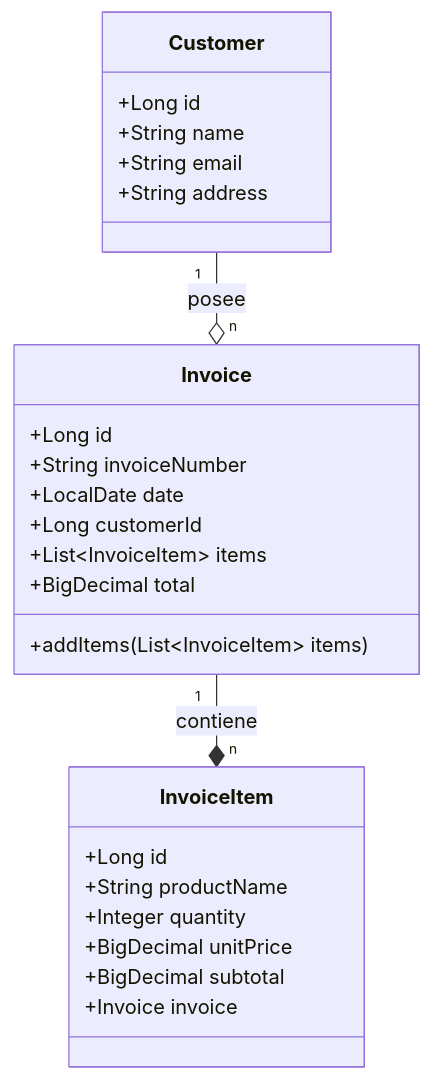
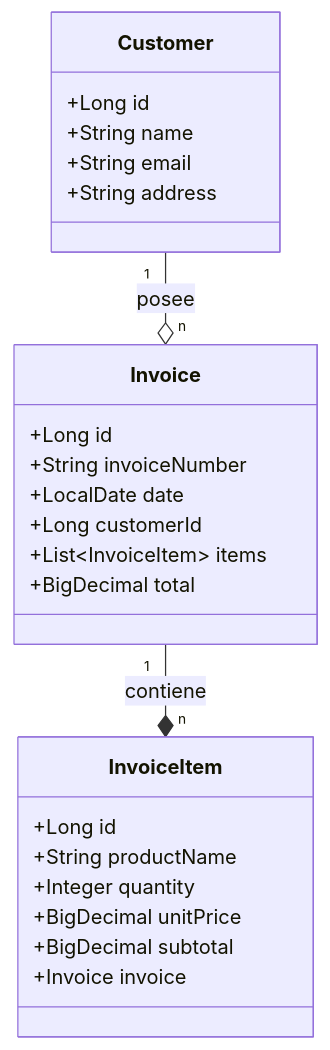
Before and after one commit to julianluissoto/challenge-experta-api: the diagram in src/main/docs/DER.mmd, drawn with Mermaid.

Commit message:
refactor DER

```diff
--- a/src/main/docs/DER.mmd
+++ b/src/main/docs/DER.mmd
@@ -1,29 +1,28 @@
 classDiagram
     class Customer {
         +Long id
         +String name
         +String email
         +String address
     }
 
     class Invoice {
         +Long id
         +String invoiceNumber
         +LocalDate date
         +Long customerId
         +List~InvoiceItem~ items
         +BigDecimal total
-        +addItems(List~InvoiceItem~ items)
     }
 
     class InvoiceItem {
         +Long id
         +String productName
         +Integer quantity
         +BigDecimal unitPrice
         +BigDecimal subtotal
         +Invoice invoice
     }
 
     Invoice "1" --* "n" InvoiceItem: contiene
     Customer "1" --o "n" Invoice: posee
```
